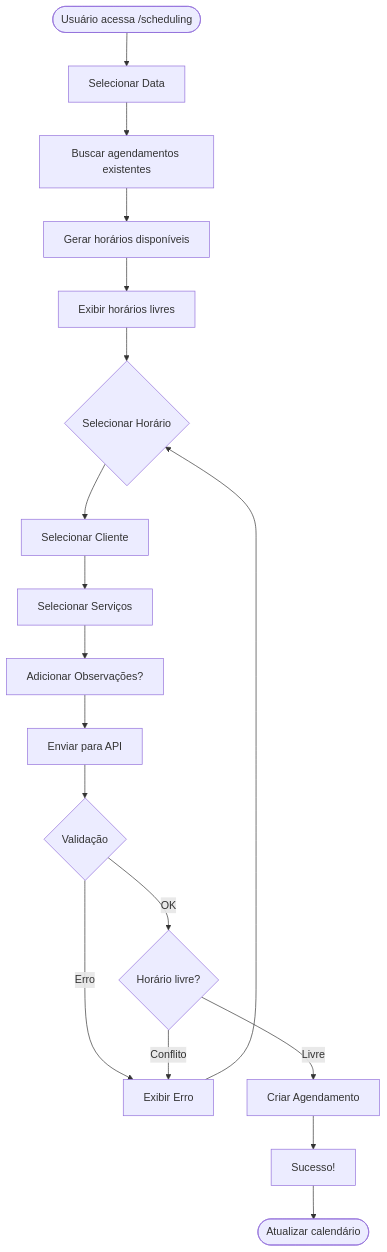
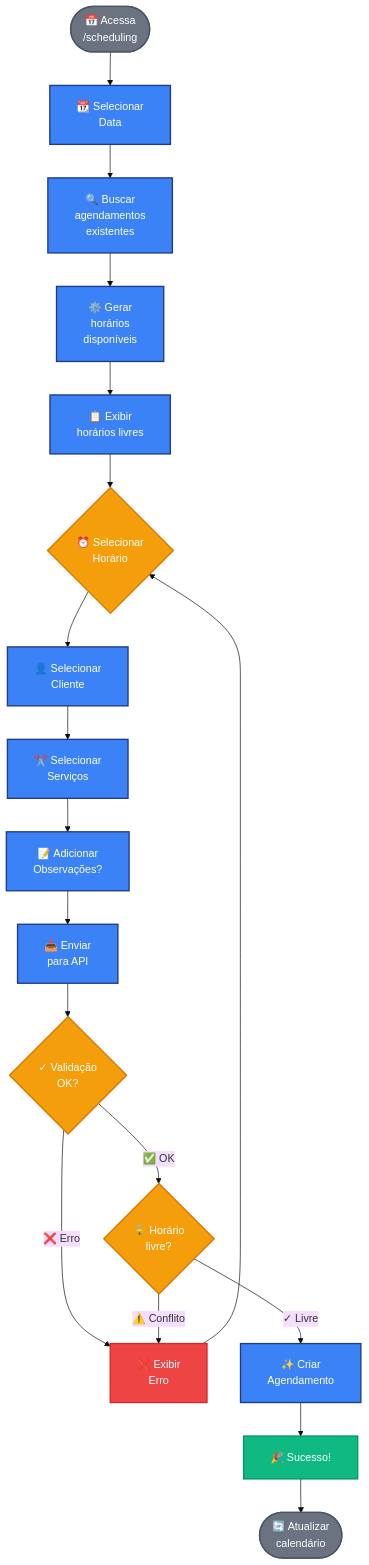
Before and after one commit to lucasrawlison/barberapp: the second of 3 diagrams in docs/02-features/scheduling-flow.md, drawn with Mermaid. The commit also changed other lines of this file and 2 other files, not shown here.

Commit message:
alteração nos diagramas

````diff
--- a/docs/02-features/scheduling-flow.md
+++ b/docs/02-features/scheduling-flow.md
@@ -432,25 +451,54 @@
 ```mermaid
+%%{init: {'theme':'base', 'flowchart':{'curve':'basis', 'padding':20}}}%%
 flowchart TD
-    Start([Usuário acessa /scheduling]) --> SelectDate[Selecionar Data]
-    SelectDate --> FetchSchedules[Buscar agendamentos existentes]
-    FetchSchedules --> GenerateSlots[Gerar horários disponíveis]
-    GenerateSlots --> DisplaySlots[Exibir horários livres]
+    Start([📅 Acessa<br/>/scheduling])
+    SelectDate[📆 Selecionar<br/>Data]
+    FetchSchedules[🔍 Buscar<br/>agendamentos<br/>existentes]
+    GenerateSlots[⚙️ Gerar<br/>horários<br/>disponíveis]
+    DisplaySlots[📋 Exibir<br/>horários livres]
+    SelectTime{⏰ Selecionar<br/>Horário}
+    SelectCustomer[👤 Selecionar<br/>Cliente]
+    SelectServices[✂️ Selecionar<br/>Serviços]
+    AddNotes[📝 Adicionar<br/>Observações?]
+    Submit[📤 Enviar<br/>para API]
+    Validate{✓ Validação<br/>OK?}
+    ShowError[❌ Exibir<br/>Erro]
+    CheckConflict{🔒 Horário<br/>livre?}
+    Create[✨ Criar<br/>Agendamento]
+    Success[🎉 Sucesso!]
+    End([🔄 Atualizar<br/>calendário])
     
-    DisplaySlots --> SelectTime{Selecionar Horário}
-    SelectTime --> SelectCustomer[Selecionar Cliente]
-    SelectCustomer --> SelectServices[Selecionar Serviços]
-    SelectServices --> AddNotes[Adicionar Observações?]
+    Start --> SelectDate
+    SelectDate --> FetchSchedules
+    FetchSchedules --> GenerateSlots
+    GenerateSlots --> DisplaySlots
+    DisplaySlots --> SelectTime
+    SelectTime --> SelectCustomer
+    SelectCustomer --> SelectServices
+    SelectServices --> AddNotes
+    AddNotes --> Submit
+    Submit --> Validate
     
-    AddNotes --> Submit[Enviar para API]
-    Submit --> Validate{Validação}
-    
-    Validate -->|Erro| ShowError[Exibir Erro]
+    Validate -->|❌ Erro| ShowError
     ShowError --> SelectTime
     
-    Validate -->|OK| CheckConflict{Horário livre?}
-    CheckConflict -->|Conflito| ShowError
-    CheckConflict -->|Livre| Create[Criar Agendamento]
+    Validate -->|✅ OK| CheckConflict
+    CheckConflict -->|⚠️ Conflito| ShowError
+    CheckConflict -->|✓ Livre| Create
     
-    Create --> Success[Sucesso!]
-    Success --> End([Atualizar calendário])
+    Create --> Success
+    Success --> End
+    
+    %% Estilos
+    classDef processClass fill:#3B82F6,stroke:#1E3A8A,stroke-width:2px,color:#fff
+    classDef decisionClass fill:#F59E0B,stroke:#D97706,stroke-width:2px,color:#fff
+    classDef errorClass fill:#EF4444,stroke:#DC2626,stroke-width:2px,color:#fff
+    classDef successClass fill:#10B981,stroke:#059669,stroke-width:2px,color:#fff
+    classDef startEnd fill:#6B7280,stroke:#4B5563,stroke-width:2px,color:#fff
+    
+    class SelectDate,FetchSchedules,GenerateSlots,DisplaySlots,SelectCustomer,SelectServices,AddNotes,Submit,Create processClass
+    class SelectTime,Validate,CheckConflict decisionClass
+    class ShowError errorClass
+    class Success successClass
+    class Start,End startEnd
 ```
````
